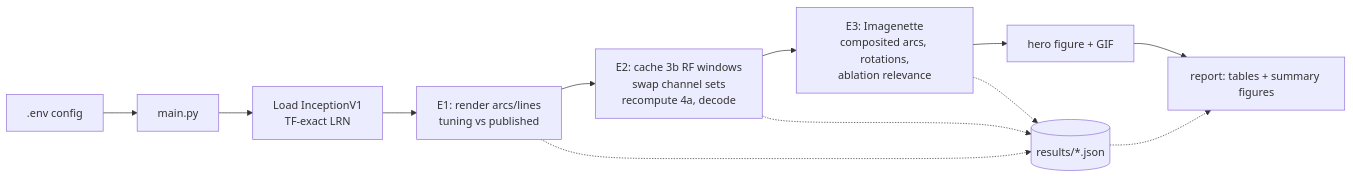
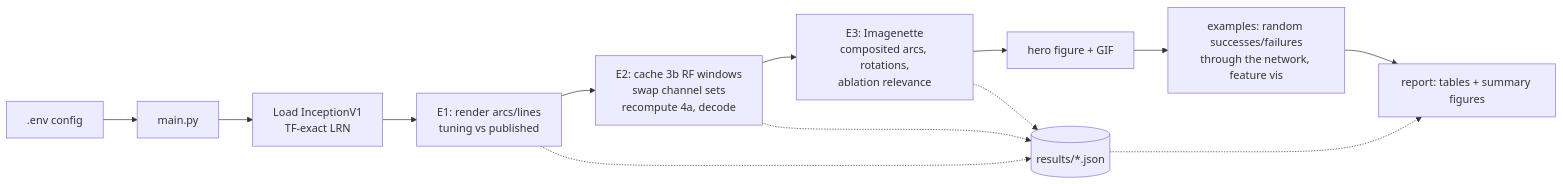
The diagram in README.md (BurnyCoder/counterfactually-causal-analysis-of-convolutional-neural-networks-with-concept-swaps), drawn with Mermaid before and after one commit. The commit also changed other lines of this file and 3 other files, not shown here.

Commit message:
Docs: example-swap figures in the README (failures table, feature-vis grid, overview, flow figures), E2 report section, architecture and AGENTS for the examples phase; README line anchors updated for shifted code

````diff
--- a/README.md
+++ b/README.md
@@ -188,14 +188,15 @@
 ```mermaid
 graph LR
   A[.env config] --> B[main.py]
   B --> C[Load InceptionV1<br/>TF-exact LRN]
   C --> D[E1: render arcs/lines<br/>tuning vs published]
   D --> E[E2: cache 3b RF windows<br/>swap channel sets<br/>recompute 4a, decode]
   E --> F[E3: Imagenette<br/>composited arcs, rotations,<br/>ablation relevance]
   F --> G[hero figure + GIF]
-  G --> H[report: tables + summary figures]
+  G --> X[examples: random successes/failures<br/>through the network, feature vis]
+  X --> H[report: tables + summary figures]
   D -.-> R[(results/*.json)]
   E -.-> R
   F -.-> R
   R -.-> H
 ```
````
